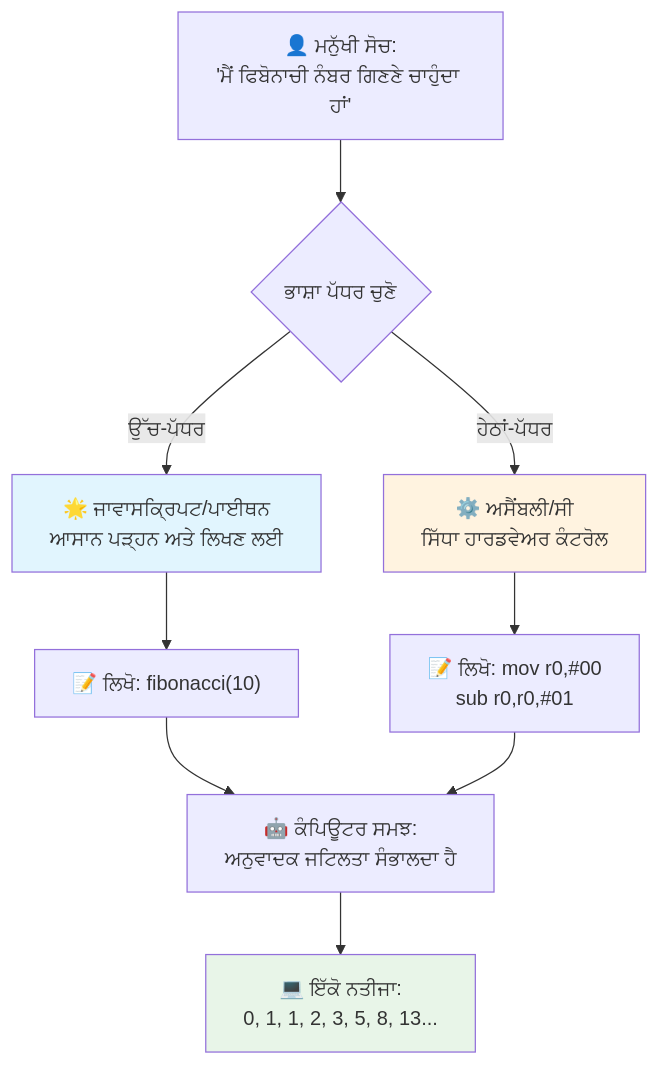
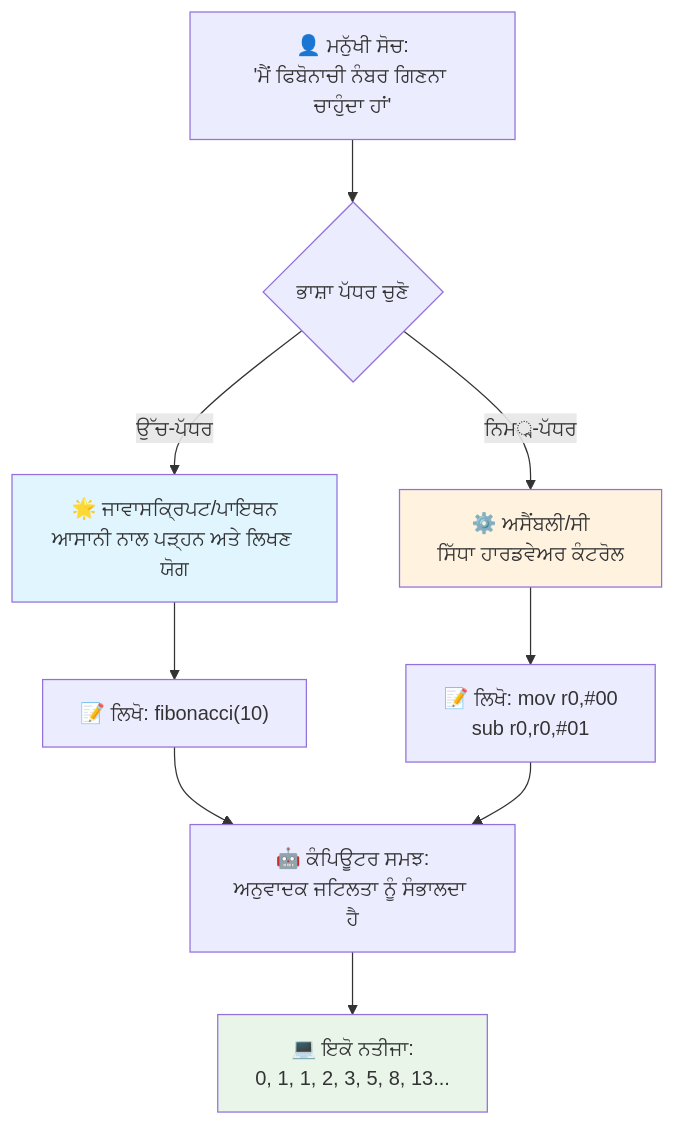
The third of 7 diagrams in translations/pa/1-getting-started-lessons/1-intro-to-programming-languages/README.md (microsoft/Web-Dev-For-Beginners), drawn with Mermaid before and after one commit. The commit also changed other lines of this file and 8 other files, not shown here.

````diff
--- a/translations/pa/1-getting-started-lessons/1-intro-to-programming-languages/README.md
+++ b/translations/pa/1-getting-started-lessons/1-intro-to-programming-languages/README.md
@@ -148,19 +148,19 @@
 ```mermaid
 flowchart TB
-    A["👤 ਮਨੁੱਖੀ ਸੋਚ:<br/>'ਮੈਂ ਫਿਬੋਨਾਚੀ ਨੰਬਰ ਗਿਣਣੇ ਚਾਹੁੰਦਾ ਹਾਂ'"] --> B{ਭਾਸ਼ਾ ਪੱਧਰ ਚੁਣੋ}
+    A["👤 ਮਨੁੱਖੀ ਸੋਚ:<br/>'ਮੈਂ ਫਿਬੋਨਾਚੀ ਨੰਬਰ ਗਿਣਨਾ ਚਾਹੁੰਦਾ ਹਾਂ'"] --> B{ਭਾਸ਼ਾ ਪੱਧਰ ਚੁਣੋ}
     
-    B -->|ਉੱਚ-ਪੱਧਰ| C["🌟 ਜਾਵਾਸਕ੍ਰਿਪਟ/ਪਾਈਥਨ<br/>ਆਸਾਨ ਪੜ੍ਹਨ ਅਤੇ ਲਿਖਣ ਲਈ"]
-    B -->|ਹੇਠਾਂ-ਪੱਧਰ| D["⚙️ ਅਸੈਂਬਲੀ/ਸੀ<br/>ਸਿੱਧਾ ਹਾਰਡਵੇਅਰ ਕੰਟਰੋਲ"]
+    B -->|ਉੱਚ-ਪੱਧਰ| C["🌟 ਜਾਵਾਸਕ੍ਰਿਪਟ/ਪਾਇਥਨ<br/>ਆਸਾਨੀ ਨਾਲ ਪੜ੍ਹਨ ਅਤੇ ਲਿਖਣ ਯੋਗ"]
+    B -->|ਨਿਮ্ন-ਪੱਧਰ| D["⚙️ ਅਸੈਂਬਲੀ/ਸੀ<br/>ਸਿੱਧਾ ਹਾਰਡਵੇਅਰ ਕੰਟਰੋਲ"]
     
     C --> E["📝 ਲਿਖੋ: fibonacci(10)"]
     D --> F["📝 ਲਿਖੋ: mov r0,#00<br/>sub r0,r0,#01"]
     
-    E --> G["🤖 ਕੰਪਿਊਟਰ ਸਮਝ:<br/>ਅਨੁਵਾਦਕ ਜਟਿਲਤਾ ਸੰਭਾਲਦਾ ਹੈ"]
+    E --> G["🤖 ਕੰਪਿਊਟਰ ਸਮਝ:<br/>ਅਨੁਵਾਦਕ ਜਟਿਲਤਾ ਨੂੰ ਸੰਭਾਲਦਾ ਹੈ"]
     F --> G
     
-    G --> H["💻 ਇੱਕੋ ਨਤੀਜਾ:<br/>0, 1, 1, 2, 3, 5, 8, 13..."]
+    G --> H["💻 ਇਕੋ ਨਤੀਜਾ:<br/>0, 1, 1, 2, 3, 5, 8, 13..."]
     
     style C fill:#e1f5fe
     style D fill:#fff3e0
     style H fill:#e8f5e8
 ```
````
